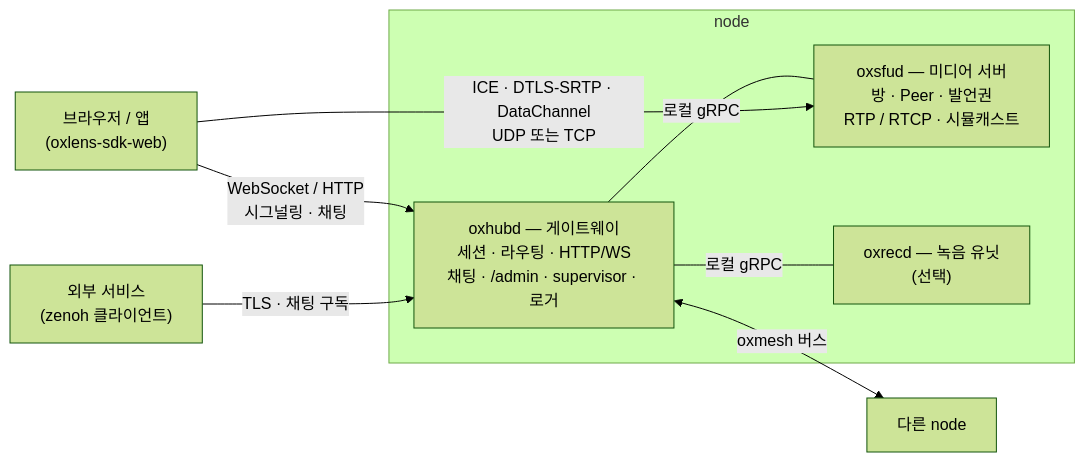
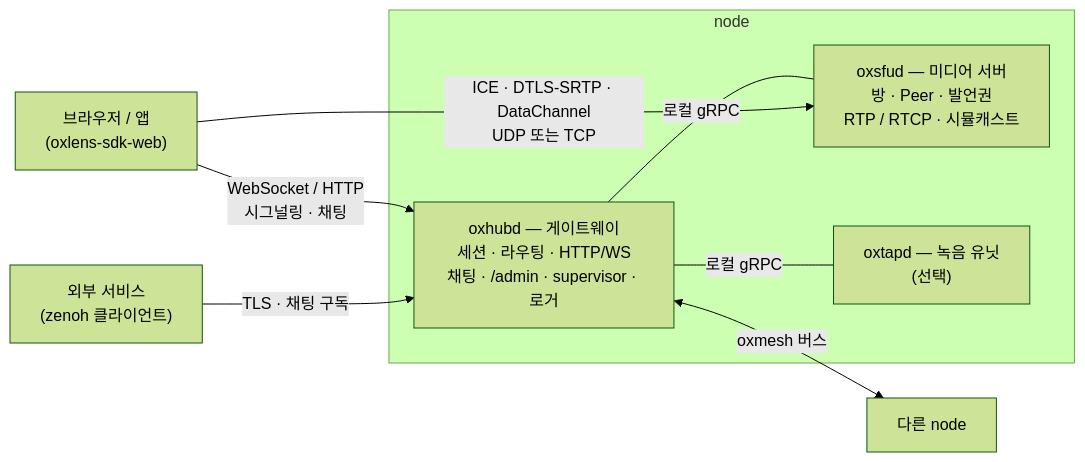
Before and after one commit to kodeholic9/oxlens-sfu: the diagram in README.ko.md, drawn with Mermaid (forest theme). The commit also changed other lines of this file and 15 other files, not shown here.

Commit message:
녹음 유닛 크레이트 · 바이너리 이름을 oxrecd → oxtapd 로 되돌림(원래 설계 이름 ox + tap + daemon · context 202604/20260413_oxtapd_design.md §1.2 · 20261123 결정) · 유닛 역할 role = "rec" · ROLE_REC · 정:IMPL-OPS-REC-UNIT 라벨은 그대로 · 워크스페이스 · dev 형상 셋 · gen_nodes.py · common build.rs 감시 경로 · 시험 문자열 둘 · README 두 판

````diff
--- a/README.ko.md
+++ b/README.ko.md
@@ -40,17 +40,17 @@
 ```mermaid
 flowchart LR
   C["브라우저 / 앱<br/>(oxlens-sdk-web)"]
   subgraph N1["node"]
     H["oxhubd — 게이트웨이<br/>세션 · 라우팅 · HTTP/WS<br/>채팅 · /admin · supervisor · 로거"]
     S["oxsfud — 미디어 서버<br/>방 · Peer · 발언권<br/>RTP / RTCP · 시뮬캐스트"]
-    R["oxrecd — 녹음 유닛<br/>(선택)"]
+    R["oxtapd — 녹음 유닛<br/>(선택)"]
     H -- "로컬 gRPC" --- S
     H -- "로컬 gRPC" --- R
   end
   N2["다른 node"]
   X["외부 서비스<br/>(zenoh 클라이언트)"]
   C -- "WebSocket / HTTP<br/>시그널링 · 채팅" --> H
   C -- "ICE · DTLS-SRTP · DataChannel<br/>UDP 또는 TCP" --> S
   H <-- "oxmesh 버스" --> N2
   X -- "TLS · 채팅 구독" --> H
 ```
````
